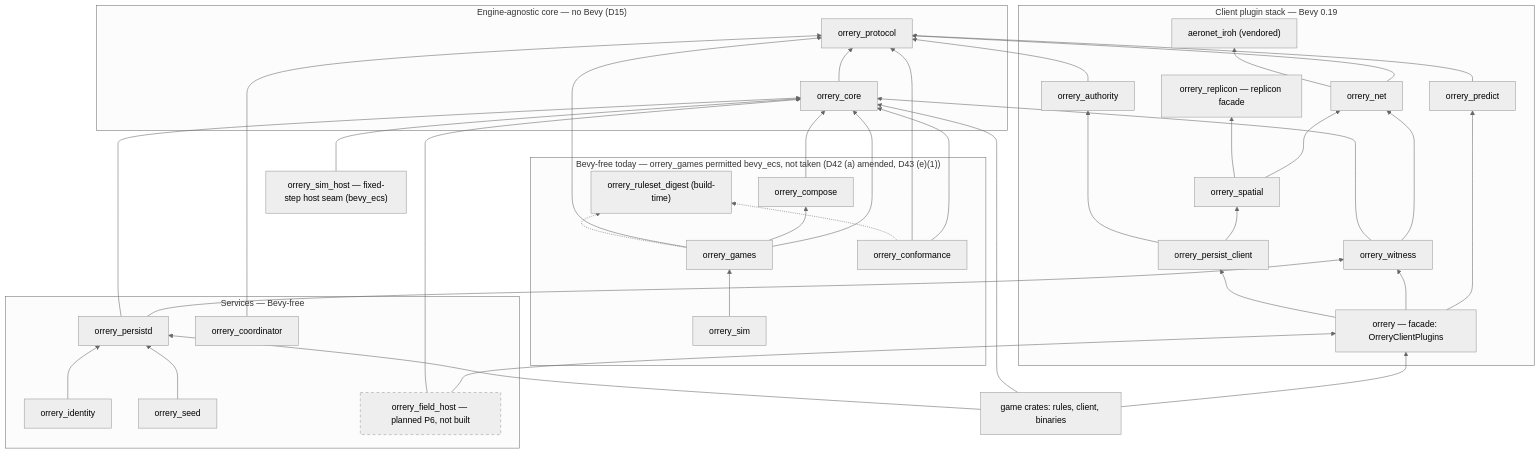
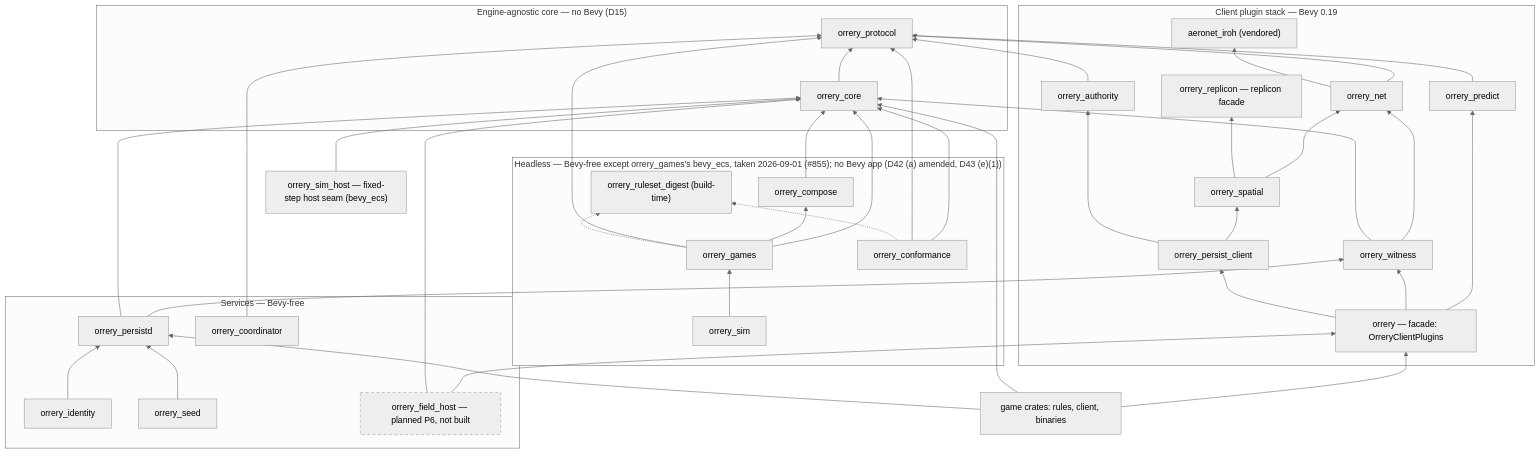
The diagram in docs/10-crates.md (baadc0de/orrery), drawn with Mermaid (neutral theme) before and after one commit. The commit also changed other lines of this file and 4 other files, not shown here.

````diff
--- a/docs/10-crates.md
+++ b/docs/10-crates.md
@@ -54,71 +54,71 @@
 ```mermaid
 graph BT
     subgraph agnostic["Engine-agnostic core — no Bevy (D15)"]
         protocol["orrery_protocol"]
         core["orrery_core"]
     end
-    subgraph headless["Bevy-free today — orrery_games permitted bevy_ecs, not taken (D42 (a) amended, D43 (e)(1))"]
+    subgraph headless["Headless — Bevy-free except orrery_games's bevy_ecs, taken 2026-09-01 (#855); no Bevy app (D42 (a) amended, D43 (e)(1))"]
         compose["orrery_compose"]
         ruleset_digest["orrery_ruleset_digest (build-time)"]
         games["orrery_games"]
         sim["orrery_sim"]
         conf["orrery_conformance"]
     end
     subgraph client["Client plugin stack — Bevy 0.19"]
         iroh_io["aeronet_iroh (vendored)"]
         replicon["orrery_replicon — replicon facade"]
         net["orrery_net"]
         spatial["orrery_spatial"]
         authority["orrery_authority"]
         predict["orrery_predict"]
         witness["orrery_witness"]
         pclient["orrery_persist_client"]
         facade["orrery — facade: OrreryClientPlugins"]
     end
     subgraph services["Services — Bevy-free"]
         persistd["orrery_persistd"]
         coord["orrery_coordinator"]
         identity["orrery_identity"]
         seed["orrery_seed"]
         fhost["orrery_field_host — planned P6, not built"]
     end
     classDef planned stroke-dasharray: 5 5;
     class fhost planned;
     sim_host["orrery_sim_host — fixed-step host seam (bevy_ecs)"]
     game["game crates: rules, client, binaries"]
 
     core --> protocol
     compose --> core
     net --> protocol
     net --> iroh_io
     spatial --> net
     spatial --> replicon
     authority --> protocol
     predict --> protocol
     witness --> net
     witness --> core
     pclient --> spatial
     pclient --> authority
     facade --> predict
     facade --> witness
     facade --> pclient
     games --> core
     games --> compose
     games --> protocol
     conf --> core
     conf --> protocol
     sim --> games
     sim_host --> core
     seed --> persistd
     persistd --> witness
     persistd --> core
     coord --> protocol
     identity --> persistd
     fhost --> facade
     fhost --> core
     game --> facade
     game --> core
     game --> persistd
     games -.-> ruleset_digest
     conf -.-> ruleset_digest
 ```
````
